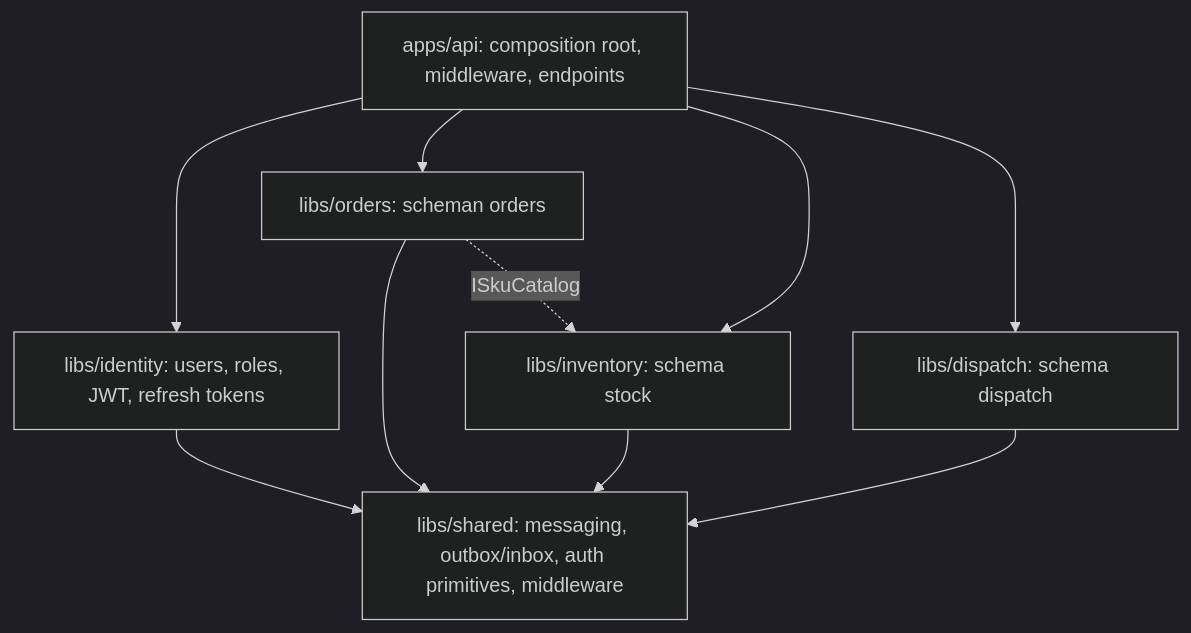
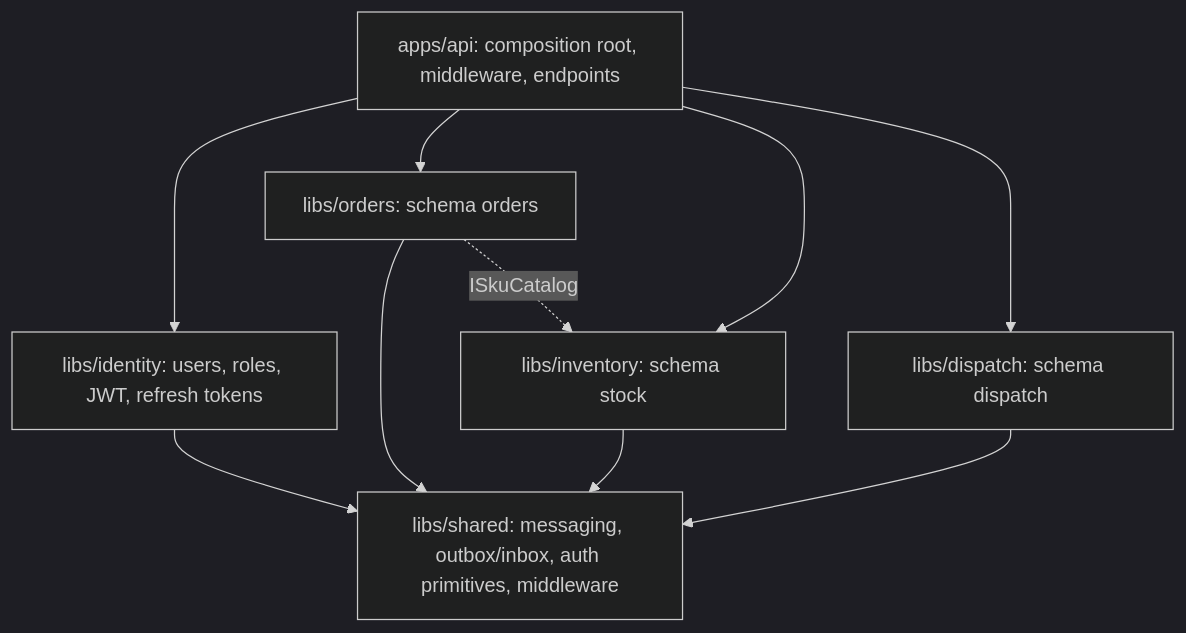
Before and after one commit to joshbarros/dotnet-warehouse: the third of 3 diagrams in README.md, drawn with Mermaid (dark theme). The commit also changed other lines of this file and 1 other file, not shown here.

````diff
--- a/README.md
+++ b/README.md
@@ -77,11 +77,11 @@
 ```mermaid
 flowchart TB
     api["apps/api: composition root, middleware, endpoints"]
     api --> identity & orders & stock & dispatch
     identity["libs/identity: users, roles, JWT, refresh tokens"]
-    orders["libs/orders: scheman orders"]
+    orders["libs/orders: schema orders"]
     stock["libs/inventory: schema stock"]
     dispatch["libs/dispatch: schema dispatch"]
     identity & orders & stock & dispatch --> shared["libs/shared: messaging, outbox/inbox, auth primitives, middleware"]
     orders -. "ISkuCatalog" .-> stock
 ```
````
